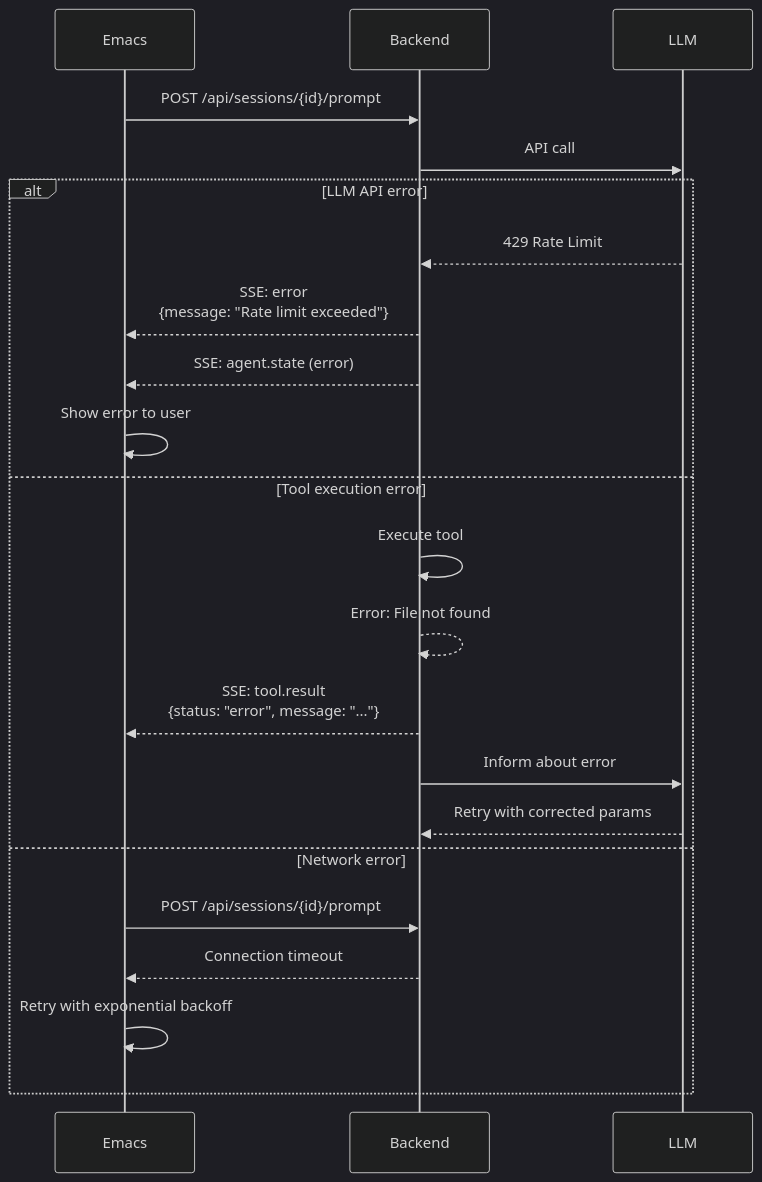
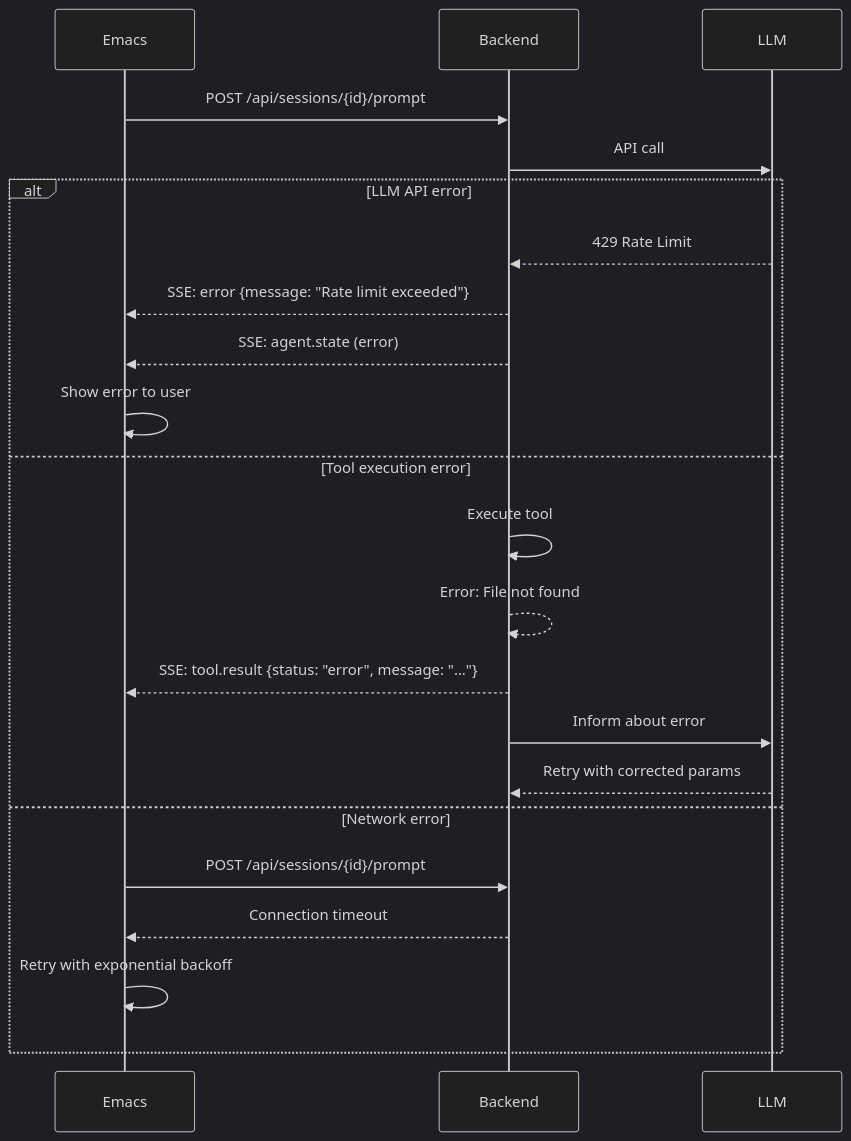
Before and after one commit to softwarewrighter/emacs-agent: the fifth of 5 diagrams in wiki/Communication-Protocol.md, drawn with Mermaid (dark theme). The commit also changed other lines of this file and 7 other files, not shown here.

First line of the commit message:
Fix wiki Mermaid diagrams: remove <br/> tags

````diff
--- a/wiki/Communication-Protocol.md
+++ b/wiki/Communication-Protocol.md
@@ -449,26 +449,26 @@
 ```mermaid
 sequenceDiagram
     participant E as Emacs
     participant B as Backend
     participant L as LLM
 
     E->>B: POST /api/sessions/{id}/prompt
     B->>L: API call
 
     alt LLM API error
         L-->>B: 429 Rate Limit
-        B-->>E: SSE: error<br/>{message: "Rate limit exceeded"}
+        B-->>E: SSE: error {message: "Rate limit exceeded"}
         B-->>E: SSE: agent.state (error)
         E->>E: Show error to user
     else Tool execution error
         B->>B: Execute tool
         B-->>B: Error: File not found
-        B-->>E: SSE: tool.result<br/>{status: "error", message: "..."}
+        B-->>E: SSE: tool.result {status: "error", message: "..."}
         B->>L: Inform about error
         L-->>B: Retry with corrected params
     else Network error
         E->>B: POST /api/sessions/{id}/prompt
         B-->>E: Connection timeout
         E->>E: Retry with exponential backoff
     end
 ```
````
